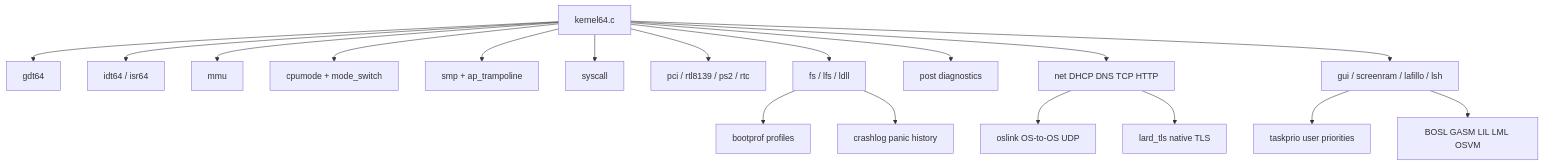
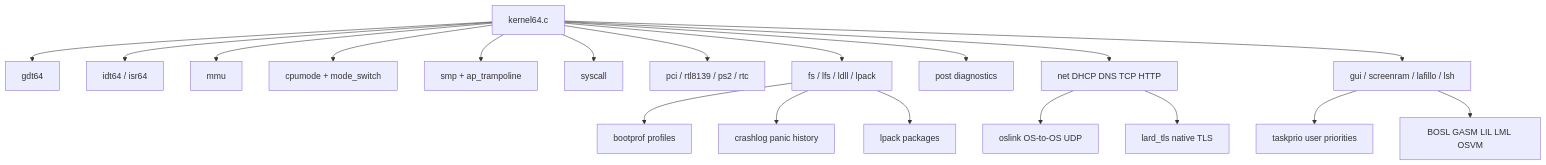
The second of 4 diagrams in os/ARCHITECTURE.md (jgchoimd-web/lardos), drawn with Mermaid before and after one commit. The commit also changed other lines of this file and 10 other files, not shown here.

````diff
--- a/os/ARCHITECTURE.md
+++ b/os/ARCHITECTURE.md
@@ -49,39 +49,41 @@
 ```mermaid
 flowchart TB
     Kmain["kernel64.c"]
     GDT["gdt64"]
     IDT["idt64 / isr64"]
     MMU["mmu"]
     CpuMode["cpumode + mode_switch"]
     SMP["smp + ap_trampoline"]
     Syscall["syscall"]
     Drivers["pci / rtl8139 / ps2 / rtc"]
-    Storage["fs / lfs / ldll"]
+    Storage["fs / lfs / ldll / lpack"]
     POST["post diagnostics"]
     Net["net DHCP DNS TCP HTTP"]
     OSLink["oslink OS-to-OS UDP"]
     TaskPrio["taskprio user priorities"]
     BootProf["bootprof profiles"]
     CrashLog["crashlog panic history"]
+    LPack["lpack packages"]
     TLS["lard_tls native TLS"]
     GUI["gui / screenram / lafillo / lsh"]
     VM["BOSL GASM LIL LML OSVM"]
 
     Kmain --> GDT
     Kmain --> IDT
     Kmain --> MMU
     Kmain --> CpuMode
     Kmain --> SMP
     Kmain --> Syscall
     Kmain --> Drivers
     Kmain --> Storage
     Storage --> BootProf
     Storage --> CrashLog
+    Storage --> LPack
     Kmain --> POST
     Kmain --> Net
     Net --> OSLink
     Net --> TLS
     Kmain --> GUI
     GUI --> TaskPrio
     GUI --> VM
 ```
````
